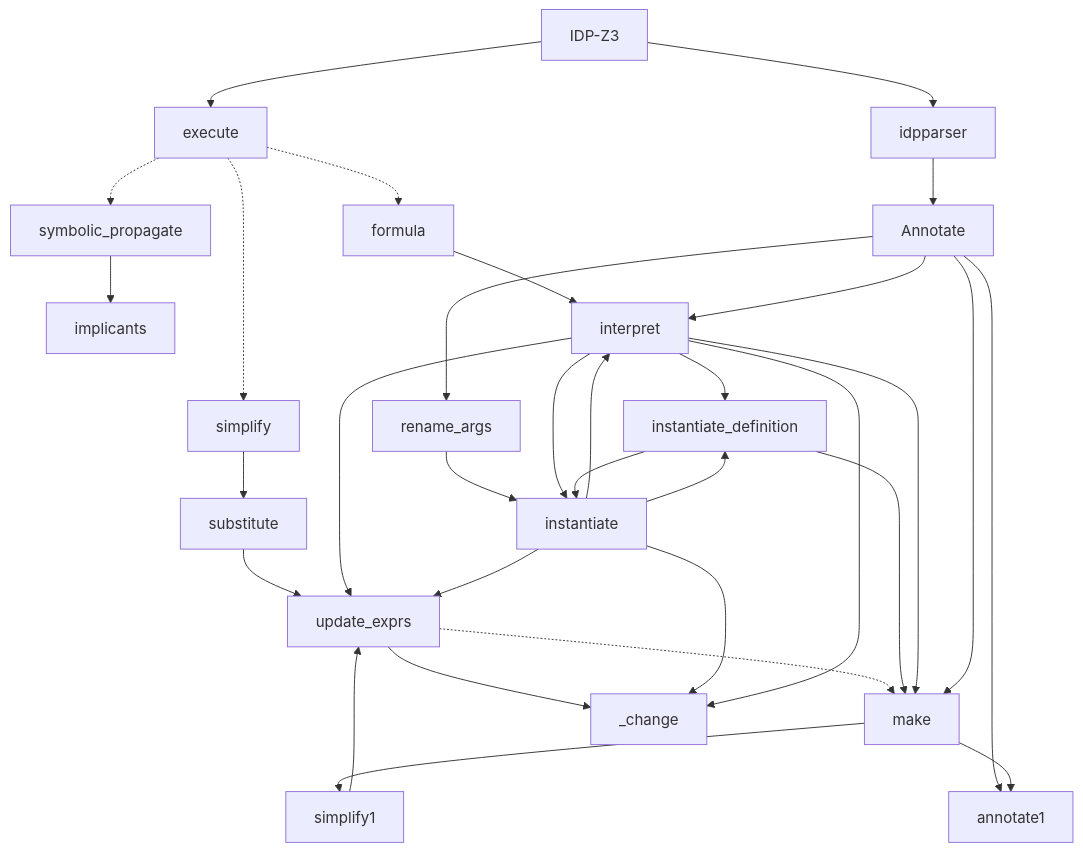
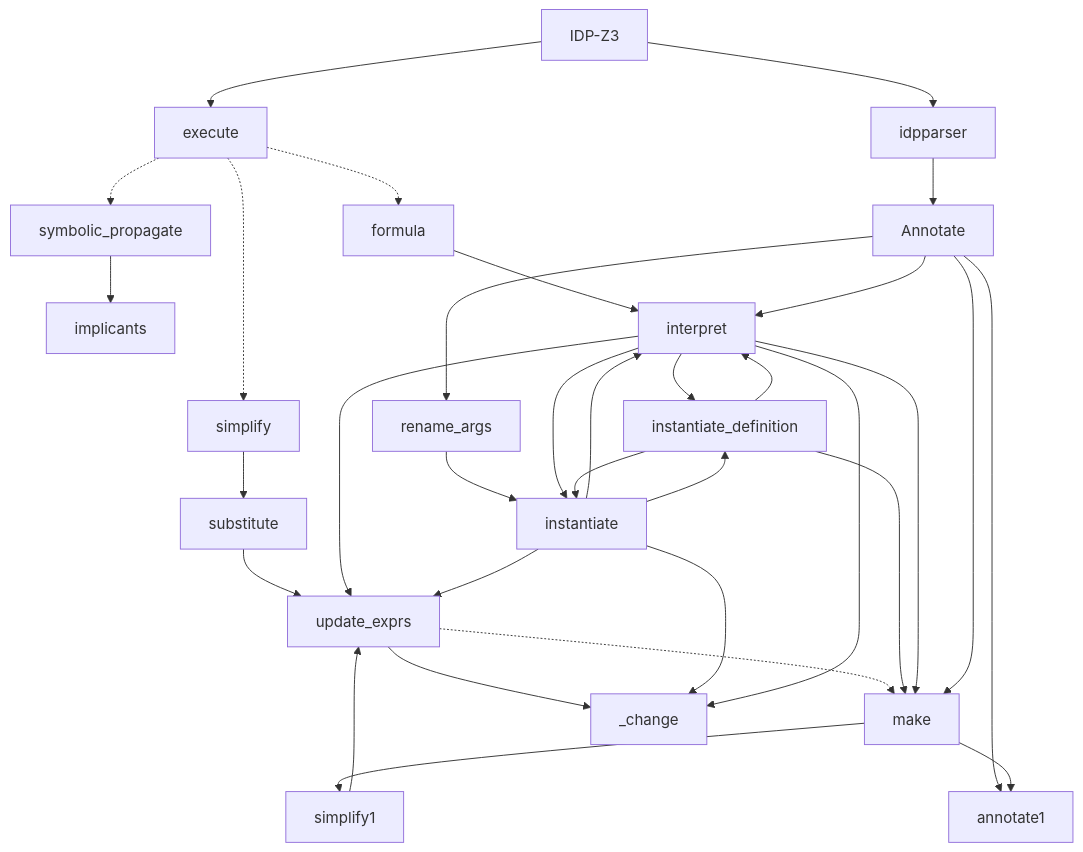
One commit to Sobhangh/IDP-Z3 changed the diagram in docs/zettlr/Call graph.md. Above: the diagram before and after it, drawn with Mermaid. The commit also changed 3 other files, not shown here.

````diff
--- a/docs/zettlr/Call graph.md
+++ b/docs/zettlr/Call graph.md
@@ -5,41 +5,42 @@
 ```mermaid
     graph TD
         IDP-Z3 --> idpparser
         IDP-Z3 --> execute
 
         execute -.-> symbolic_propagate;
         symbolic_propagate --> implicants;
         execute -.-> simplify;
         simplify --> substitute;
         substitute --> update_exprs;
         execute -.-> formula
         formula --> interpret
 
         idpparser --> Annotate
         Annotate --> interpret;
         Annotate --> rename_args;
 
         rename_args --> instantiate;
         interpret --> instantiate_definition;
+        instantiate_definition --> interpret;
         interpret --> instantiate;
         instantiate --> interpret;
         instantiate --> instantiate_definition;
         instantiate_definition --> instantiate;
         interpret --> update_exprs;
 
         update_exprs -.-> make;
         instantiate_definition --> make;
         update_exprs --> _change;
         interpret --> make;
         simplify1 --> update_exprs;
         make --> simplify1;
         Annotate --> annotate1;
         make --> annotate1;
 
         instantiate --> _change;
         interpret --> _change;
 
         Annotate --> make;
         instantiate --> update_exprs;
 
 ```
````
